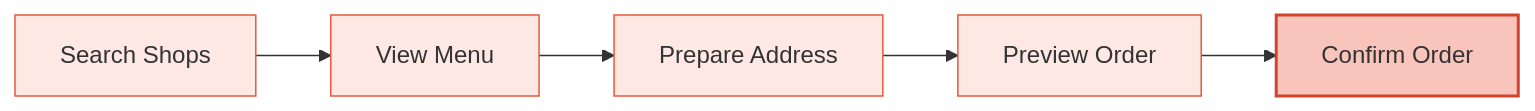
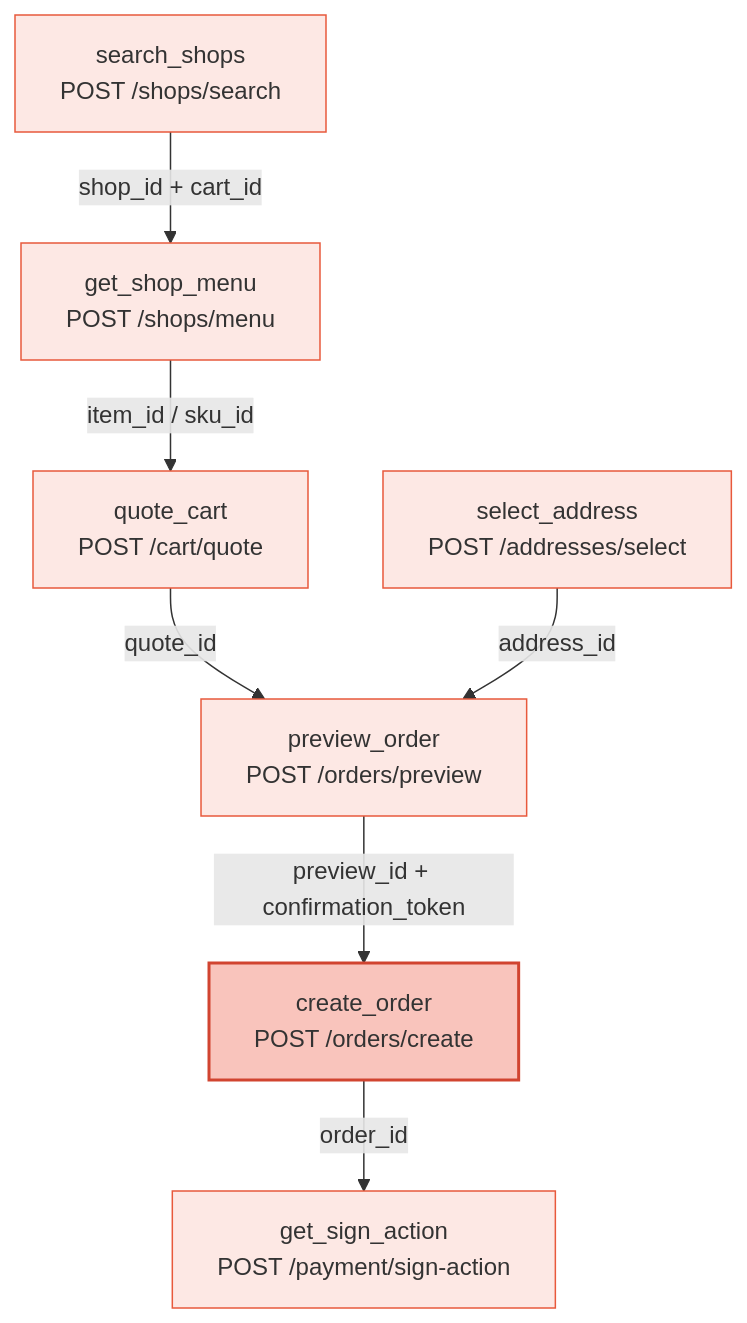
Before and after one commit to clawdot/docs: the diagram in en/gateway/order-flow.mdx, drawn with Mermaid. The commit also changed other lines of this file and 96 other files, not shown here.

````diff
--- a/en/gateway/order-flow.mdx
+++ b/en/gateway/order-flow.mdx
@@ -10,13 +14,17 @@
 ```mermaid
-flowchart LR
-  A["Search Shops"] --> B["View Menu"]
-  B --> C["Prepare Address"]
-  C --> D["Preview Order"]
-  D --> E["Confirm Order"]
+flowchart TD
+  A["search_shops<br/>POST /shops/search"] -->|"shop_id + cart_id"| B["get_shop_menu<br/>POST /shops/menu"]
+  B -->|"item_id / sku_id"| C["quote_cart<br/>POST /cart/quote"]
+  C -->|"quote_id"| E["preview_order<br/>POST /orders/preview"]
+  D["select_address<br/>POST /addresses/select"] -->|"address_id"| E
+  E -->|"preview_id + confirmation_token"| F["create_order<br/>POST /orders/create"]
+  F -->|"order_id"| G["get_sign_action<br/>POST /payment/sign-action"]
 
   style A fill:#fde8e4,stroke:#E8593C
   style B fill:#fde8e4,stroke:#E8593C
   style C fill:#fde8e4,stroke:#E8593C
   style D fill:#fde8e4,stroke:#E8593C
-  style E fill:#f9c4bc,stroke:#D14430,stroke-width:2px
+  style E fill:#fde8e4,stroke:#E8593C
+  style F fill:#f9c4bc,stroke:#D14430,stroke-width:2px
+  style G fill:#fde8e4,stroke:#E8593C
 ```
````
